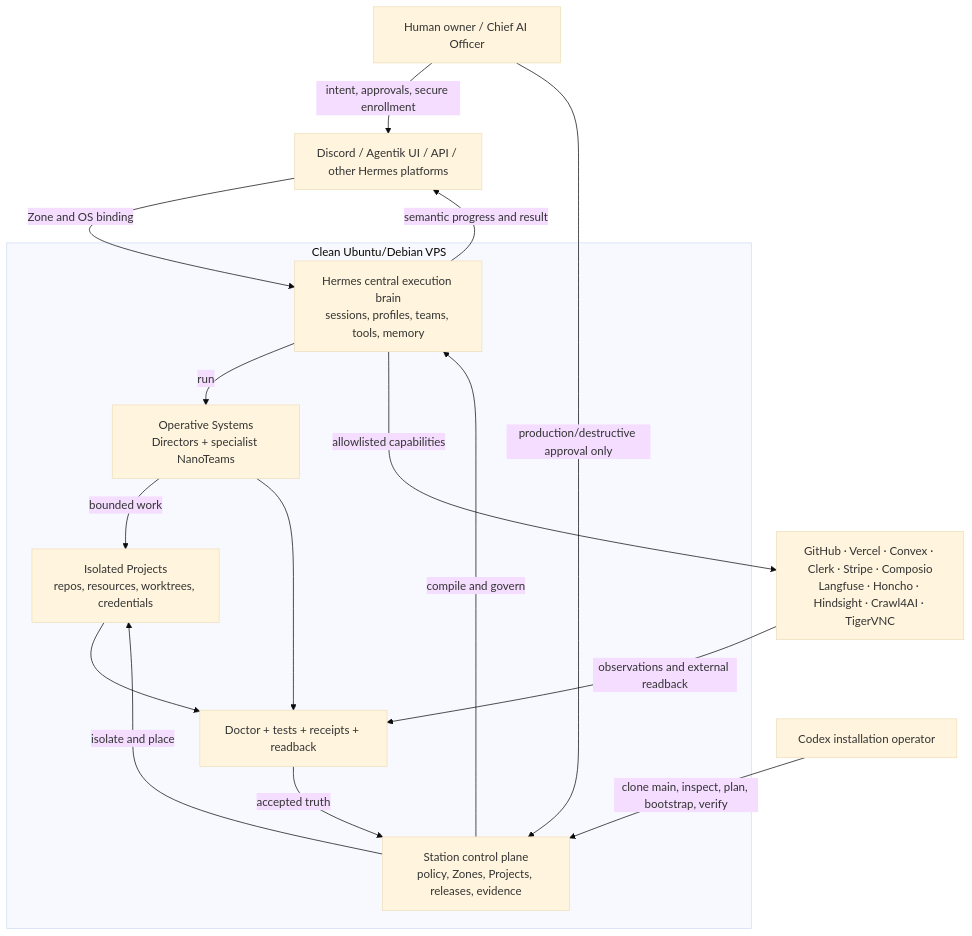
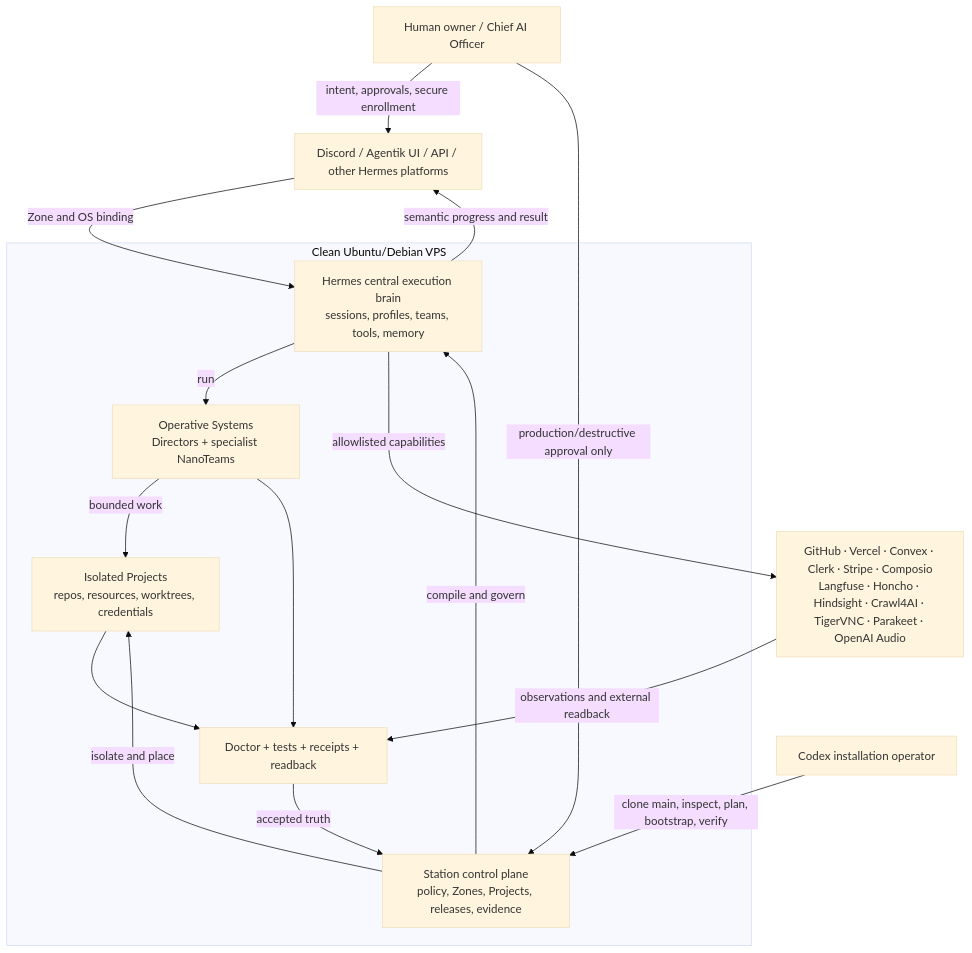
Before and after one commit to agentik-os/agentik-station: the diagram in README.md, drawn with Mermaid (base theme). The commit also changed other lines of this file and 43 other files, not shown here.

````diff
--- a/README.md
+++ b/README.md
@@ -54,28 +54,28 @@
 ```mermaid
 flowchart TB
     OWNER[Human owner / Chief AI Officer] -->|intent, approvals, secure enrollment| UX
     CODEX[Codex installation operator] -->|clone main, inspect, plan, bootstrap, verify| STATION
 
     subgraph VPS[Clean Ubuntu/Debian VPS]
         STATION[Station control plane<br/>policy, Zones, Projects, releases, evidence]
         HERMES[Hermes central execution brain<br/>sessions, profiles, teams, tools, memory]
         OS[Operative Systems<br/>Directors + specialist NanoTeams]
         PROJECTS[Isolated Projects<br/>repos, resources, worktrees, credentials]
         PROOF[Doctor + tests + receipts + readback]
 
         STATION -->|compile and govern| HERMES
         STATION -->|isolate and place| PROJECTS
         HERMES -->|run| OS
         OS -->|bounded work| PROJECTS
         PROJECTS --> PROOF
         OS --> PROOF
         PROOF -->|accepted truth| STATION
     end
 
     UX[Discord / Agentik UI / API / other Hermes platforms] -->|Zone and OS binding| HERMES
     HERMES -->|semantic progress and result| UX
     HERMES -->|allowlisted capabilities| TOOLS
-    TOOLS[GitHub · Vercel · Convex · Clerk · Stripe · Composio<br/>Langfuse · Honcho · Hindsight · Crawl4AI · TigerVNC]
+    TOOLS[GitHub · Vercel · Convex · Clerk · Stripe · Composio<br/>Langfuse · Honcho · Hindsight · Crawl4AI · TigerVNC · Parakeet · OpenAI Audio]
     TOOLS -->|observations and external readback| PROOF
     OWNER -->|production/destructive approval only| STATION
 ```
````
